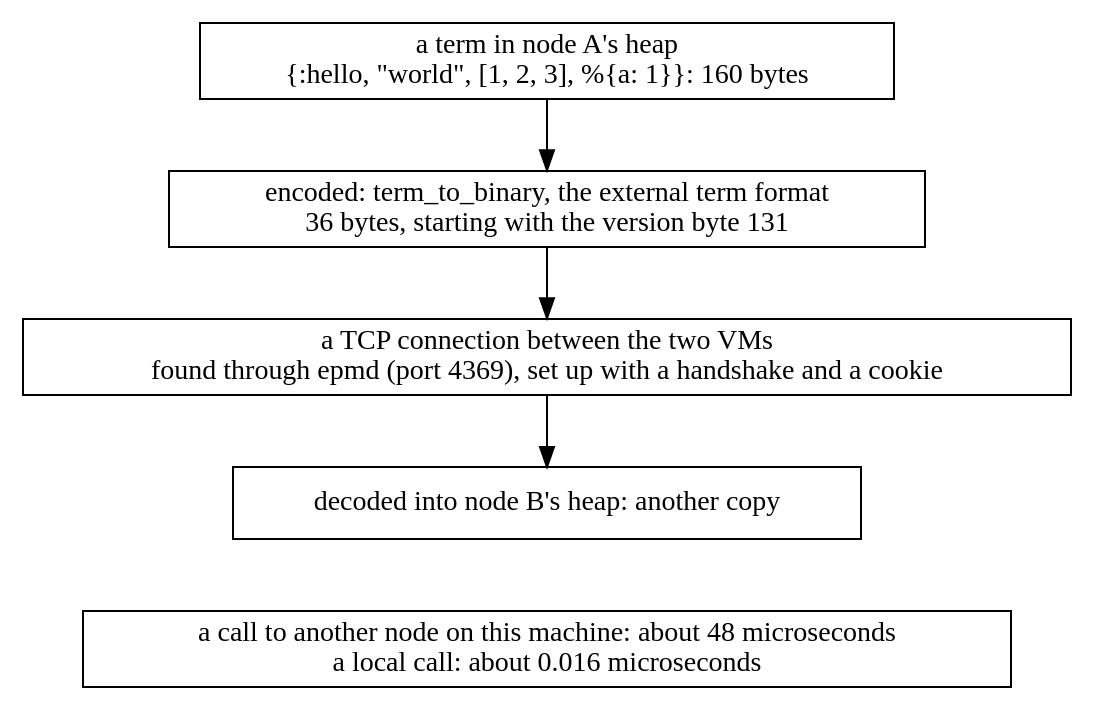
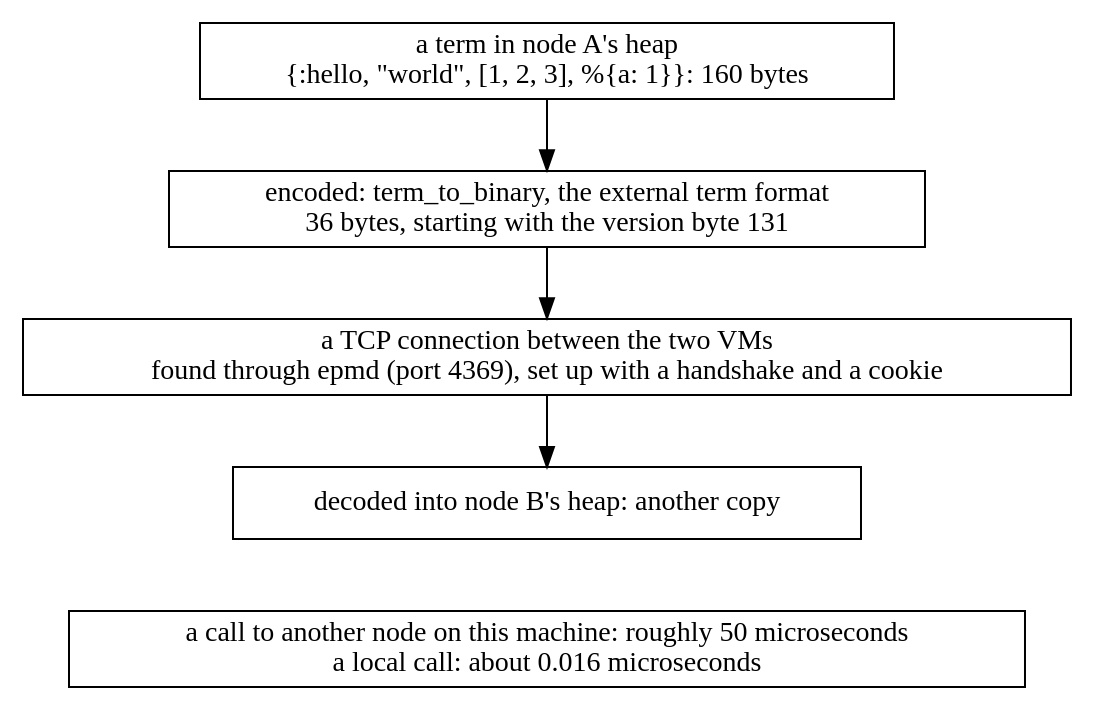
One commit to danceinthefake/visualixir changed the diagram in docs/diagrams/config-and-distribution/uth-wire.dot. Above: the diagram before and after it, drawn with Graphviz. The commit also changed 37 other files, not shown here.

```diff
--- a/docs/diagrams/config-and-distribution/uth-wire.dot
+++ b/docs/diagrams/config-and-distribution/uth-wire.dot
@@ -1,10 +1,10 @@
 digraph wire {
   node [shape=box]
   t [label="a term in node A's heap\n{:hello, \"world\", [1, 2, 3], %{a: 1}}: 160 bytes"]
   e [label="encoded: term_to_binary, the external term format\n36 bytes, starting with the version byte 131" class=hl]
   tcp [label="a TCP connection between the two VMs\nfound through epmd (port 4369), set up with a handshake and a cookie"]
   d [label="decoded into node B's heap: another copy"]
-  cost [label="a call to another node on this machine: about 48 microseconds\na local call: about 0.016 microseconds" class=dim]
+  cost [label="a call to another node on this machine: roughly 50 microseconds\na local call: about 0.016 microseconds" class=dim]
   t -> e -> tcp -> d
   d -> cost [style=invis]
 }
```
